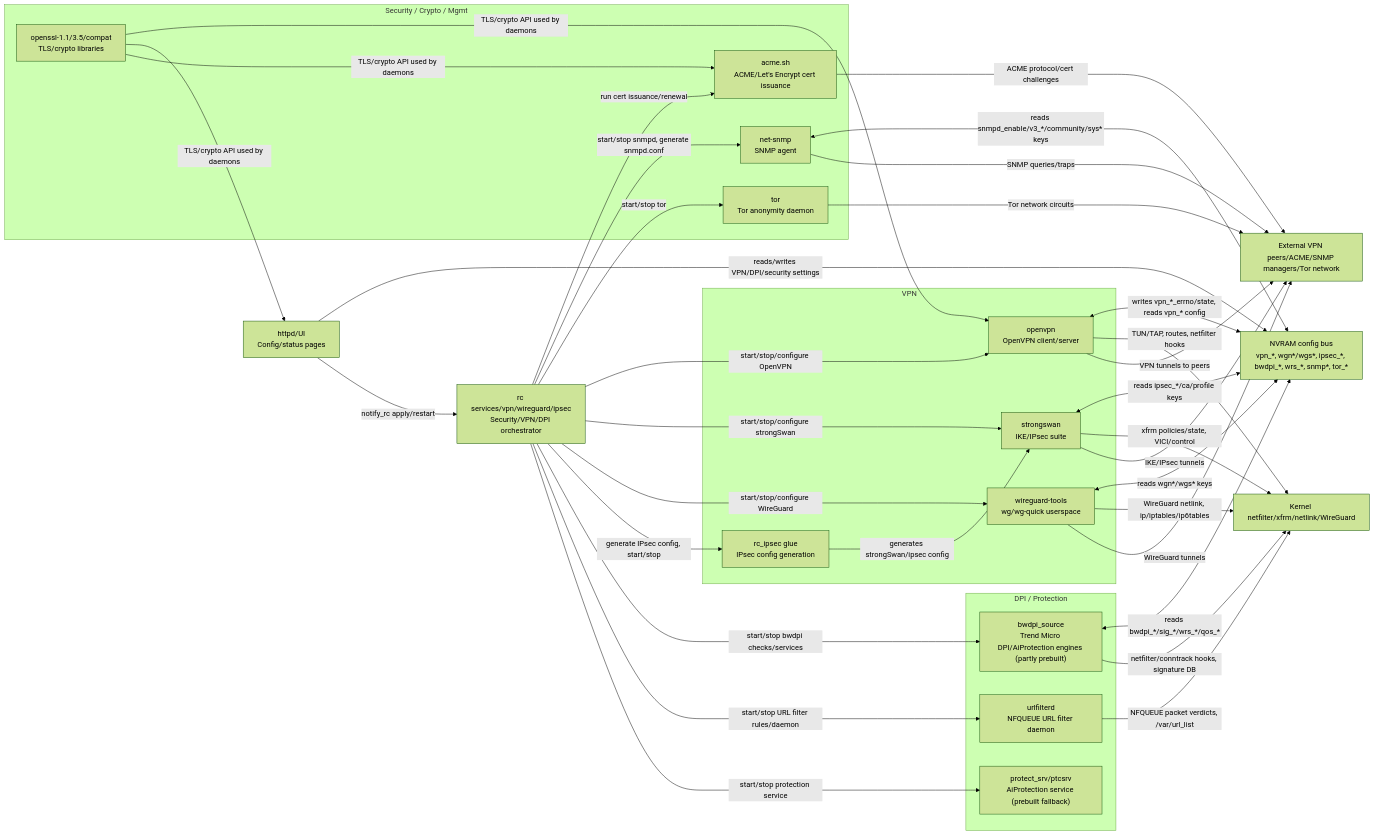
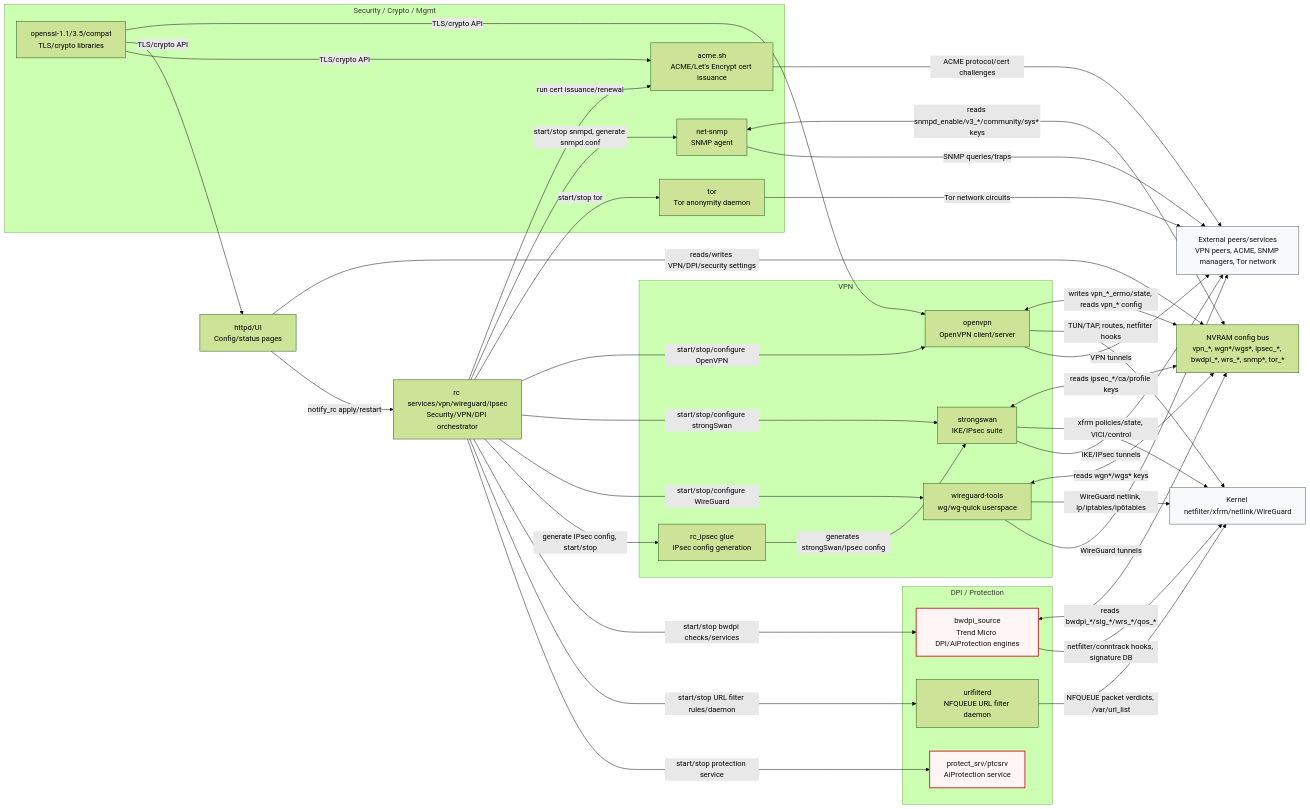
One commit to Asuswrt-Merlin/asuswrt-merlin.ng-3006.gnuton changed the diagram in docs/diagrams/router/vpn-security-dpi.mmd. Above: the diagram before and after it, drawn with Mermaid (forest theme). The commit also changed 14 other files, not shown here.

First line of the commit message:
docs: improve diagram readability and mark proprietary components

```diff
--- a/docs/diagrams/router/vpn-security-dpi.mmd
+++ b/docs/diagrams/router/vpn-security-dpi.mmd
@@ -1,60 +1,64 @@
 flowchart LR
+    classDef proprietary fill:#fff5f5,stroke:#c92a2a,stroke-width:2px,color:#111;
+    classDef external fill:#f8f9fa,stroke:#495057,color:#111;
+
     RC["rc services/vpn/wireguard/ipsec\nSecurity/VPN/DPI orchestrator"]
     NVRAM["NVRAM config bus\nvpn_*, wgn*/wgs*, ipsec_*, bwdpi_*, wrs_*, snmp*, tor_*"]
     HTTPD["httpd/UI\nConfig/status pages"]
-    KERN["Kernel netfilter/xfrm/netlink/WireGuard"]
+    KERN["Kernel netfilter/xfrm/netlink/WireGuard"]:::external
+    EXT["External peers/services\nVPN peers, ACME, SNMP managers, Tor network"]:::external
 
     subgraph VPN["VPN"]
         OVPN["openvpn\nOpenVPN client/server"]
         SWAN["strongswan\nIKE/IPsec suite"]
         WG["wireguard-tools\nwg/wg-quick userspace"]
         IPSEC["rc_ipsec glue\nIPsec config generation"]
     end
 
     subgraph DPI["DPI / Protection"]
-        BWDPI["bwdpi_source\nTrend Micro DPI/AiProtection engines (partly prebuilt)"]
+        BWDPI["bwdpi_source\nTrend Micro DPI/AiProtection engines"]:::proprietary
         URLF["urlfilterd\nNFQUEUE URL filter daemon"]
-        PTSRV["protect_srv/ptcsrv\nAiProtection service (prebuilt fallback)"]
+        PTSRV["protect_srv/ptcsrv\nAiProtection service"]:::proprietary
     end
 
     subgraph SEC["Security / Crypto / Mgmt"]
         ACME["acme.sh\nACME/Let's Encrypt cert issuance"]
         SSL["openssl-1.1/3.5/compat\nTLS/crypto libraries"]
         SNMP["net-snmp\nSNMP agent"]
         TOR["tor\nTor anonymity daemon"]
     end
 
     HTTPD -->|"reads/writes VPN/DPI/security settings"| NVRAM
     HTTPD -->|"notify_rc apply/restart"| RC
     RC -->|"start/stop/configure OpenVPN"| OVPN
     RC -->|"start/stop/configure strongSwan"| SWAN
     RC -->|"start/stop/configure WireGuard"| WG
     RC -->|"generate IPsec config, start/stop"| IPSEC
     RC -->|"start/stop bwdpi checks/services"| BWDPI
     RC -->|"start/stop URL filter rules/daemon"| URLF
     RC -->|"start/stop protection service"| PTSRV
     RC -->|"run cert issuance/renewal"| ACME
     RC -->|"start/stop snmpd, generate snmpd.conf"| SNMP
     RC -->|"start/stop tor"| TOR
 
     OVPN <-->|"writes vpn_*_errno/state, reads vpn_* config"| NVRAM
     WG <-->|"reads wgn*/wgs* keys"| NVRAM
     SWAN <-->|"reads ipsec_*/ca/profile keys"| NVRAM
     IPSEC -->|"generates strongSwan/ipsec config"| SWAN
     BWDPI <-->|"reads bwdpi_*/sig_*/wrs_*/qos_*"| NVRAM
     SNMP <-->|"reads snmpd_enable/v3_*/community/sys* keys"| NVRAM
 
     OVPN -->|"TUN/TAP, routes, netfilter hooks"| KERN
     SWAN -->|"xfrm policies/state, VICI/control"| KERN
     WG -->|"WireGuard netlink, ip/iptables/ip6tables"| KERN
     URLF -->|"NFQUEUE packet verdicts, /var/url_list"| KERN
     BWDPI -->|"netfilter/conntrack hooks, signature DB"| KERN
-    OVPN -->|"VPN tunnels to peers"| EXT["External VPN peers/ACME/SNMP managers/Tor network"]
+    OVPN -->|"VPN tunnels"| EXT
     SWAN -->|"IKE/IPsec tunnels"| EXT
     WG -->|"WireGuard tunnels"| EXT
     ACME -->|"ACME protocol/cert challenges"| EXT
     SNMP -->|"SNMP queries/traps"| EXT
     TOR -->|"Tor network circuits"| EXT
-    SSL -->|"TLS/crypto API used by daemons"| OVPN
-    SSL -->|"TLS/crypto API used by daemons"| HTTPD
-    SSL -->|"TLS/crypto API used by daemons"| ACME
+    SSL -->|"TLS/crypto API"| OVPN
+    SSL -->|"TLS/crypto API"| HTTPD
+    SSL -->|"TLS/crypto API"| ACME
```
